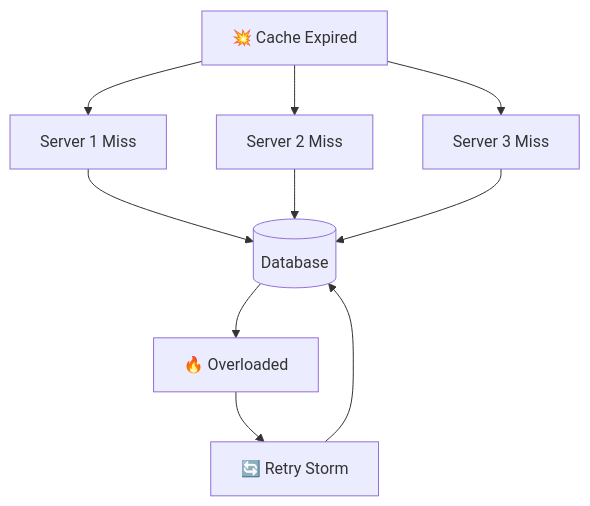
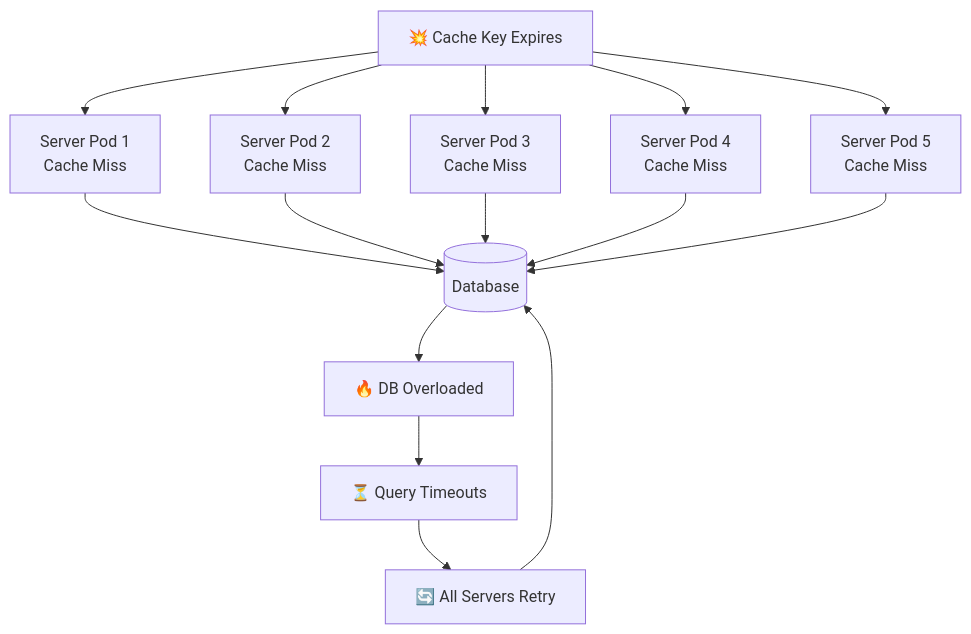
One commit to amolkharat18/blogs changed the fourth of 11 diagrams in system-design/thundering-herd-problem-mr.md. Above: the diagram before and after it, drawn with Mermaid. The commit also changed other lines of this file, not shown here.

````diff
--- a/system-design/thundering-herd-problem-mr.md
+++ b/system-design/thundering-herd-problem-mr.md
@@ -153,12 +155,20 @@
 ```mermaid
 flowchart TD
-    CacheExpiry[💥 Cache Expired] --> S1[Server 1 Miss]
-    CacheExpiry --> S2[Server 2 Miss]
-    CacheExpiry --> S3[Server 3 Miss]
+    CacheExpiry[💥 Cache Key Expires] --> S1[Server Pod 1<br>Cache Miss]
+    CacheExpiry --> S2[Server Pod 2<br>Cache Miss]
+    CacheExpiry --> S3[Server Pod 3<br>Cache Miss]
+    CacheExpiry --> S4[Server Pod 4<br>Cache Miss]
+    CacheExpiry --> S5[Server Pod 5<br>Cache Miss]
+    
     S1 --> DB[(Database)]
     S2 --> DB
     S3 --> DB
-    DB --> Overload[🔥 Overloaded]
-    Overload --> Retry[🔄 Retry Storm]
+    S4 --> DB
+    S5 --> DB
+    
+    DB --> Overload[🔥 DB Overloaded]
+    Overload --> Timeout[⏳ Query Timeouts]
+    Timeout --> Retry[🔄 All Servers Retry]
     Retry --> DB
+    
 ```
````
